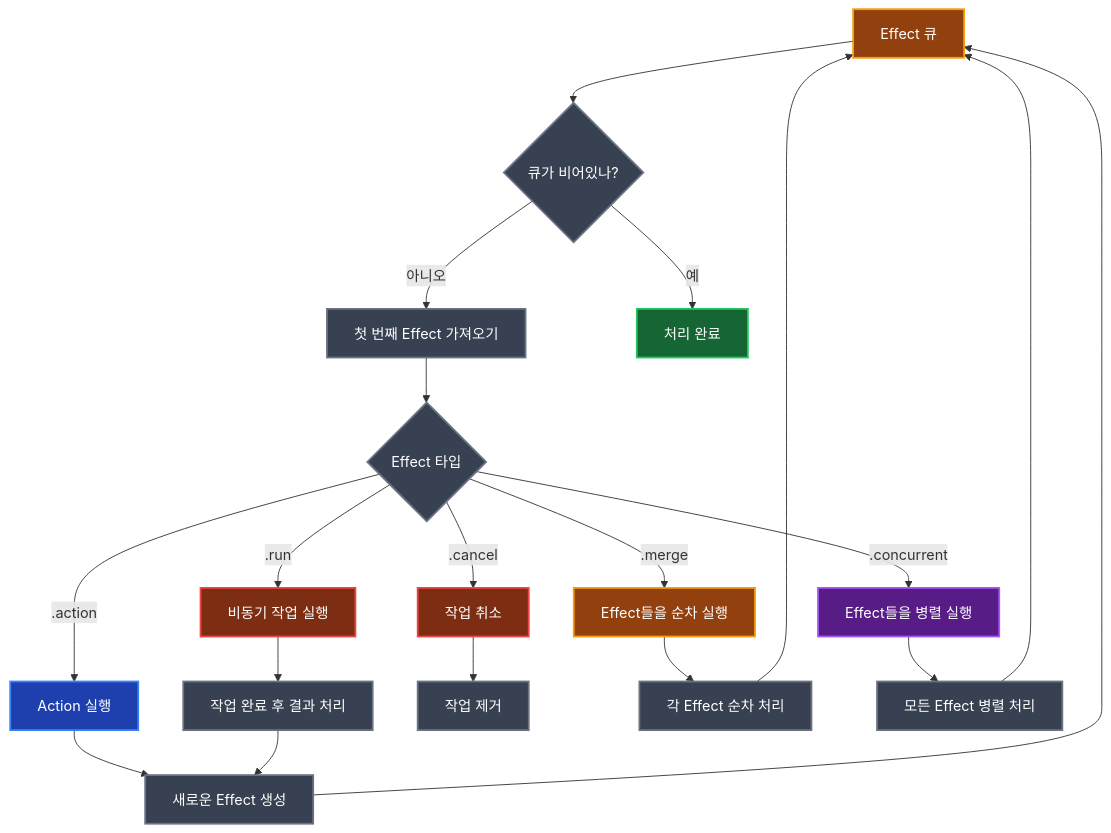
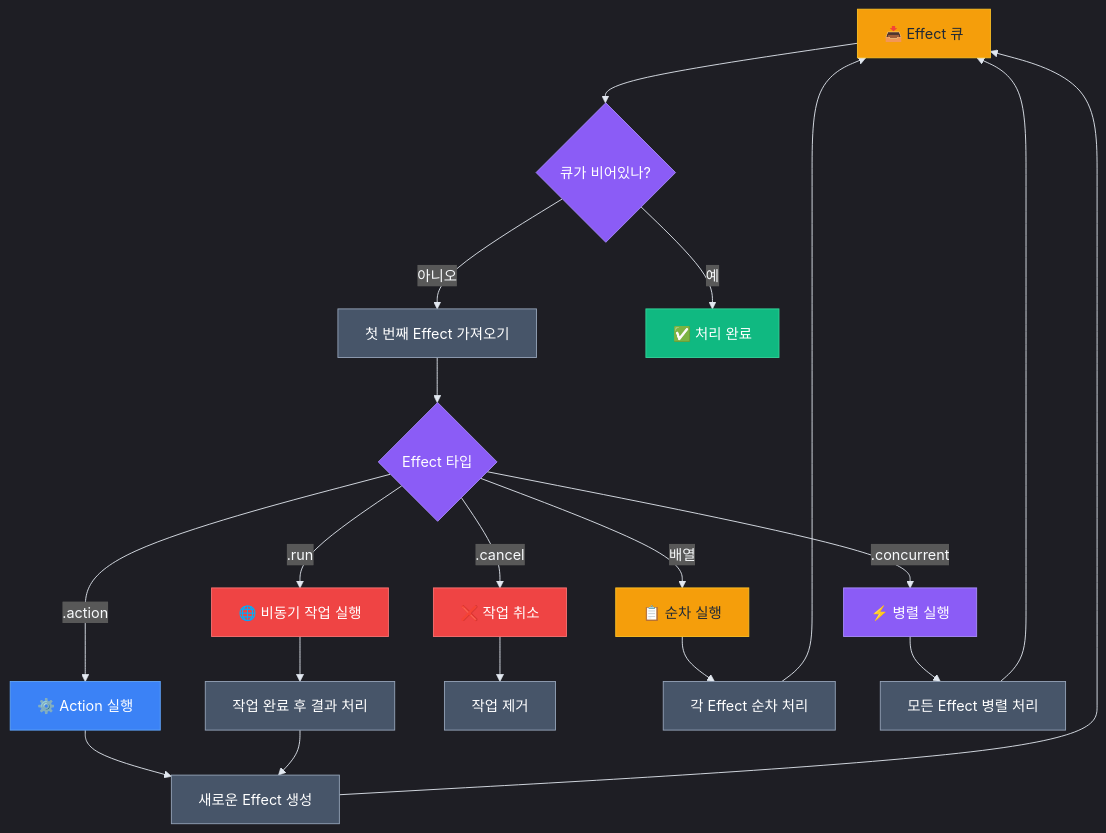
The second of 5 diagrams in AsyncViewModel_동작원리_가이드.md (Jimmy-Jung/AsyncViewModel), drawn with Mermaid before and after one commit. The commit also changed other lines of this file and 1 other file, not shown here.

First line of the commit message:
docs: [가이드-문서] AsyncViewModel 동작원리 가이드 및 README 개선

````diff
--- a/AsyncViewModel_동작원리_가이드.md
+++ b/AsyncViewModel_동작원리_가이드.md
@@ -323,40 +511,38 @@
 ```mermaid
+%%{init: {'theme': 'dark', 'themeVariables': {'lineColor': '#e2e8f0', 'textColor': '#f8fafc'}}}%%
 graph TD
-    A[Effect 큐] --> B{큐가 비어있나?}
-    B -->|아니오| C[첫 번째 Effect 가져오기]
-    B -->|예| D[처리 완료]
+    A[📥 Effect 큐]:::queue --> B{큐가 비어있나?}:::decision
+    B -->|아니오| C[첫 번째 Effect 가져오기]:::process
+    B -->|예| D[✅ 처리 완료]:::complete
     
-    C --> E{Effect 타입}
-    E -->|.action| F[Action 실행]
-    E -->|.run| G[비동기 작업 실행]
-    E -->|.cancel| H[작업 취소]
-    E -->|.merge| I[Effect들을 순차 실행]
-    E -->|.concurrent| J[Effect들을 병렬 실행]
+    C --> E{Effect 타입}:::decision
+    E -->|.action| F[⚙️ Action 실행]:::action
+    E -->|.run| G[🌐 비동기 작업 실행]:::async
+    E -->|.cancel| H[❌ 작업 취소]:::cancel
+    E -->|배열| I[📋 순차 실행]:::sequential
+    E -->|.concurrent| J[⚡ 병렬 실행]:::concurrent
     
-    F --> K[새로운 Effect 생성]
-    G --> L[작업 완료 후 결과 처리]
-    H --> M[작업 제거]
-    I --> N[각 Effect 순차 처리]
-    J --> O[모든 Effect 병렬 처리]
+    F --> K[새로운 Effect 생성]:::effect
+    G --> L[작업 완료 후 결과 처리]:::result
+    H --> M[작업 제거]:::remove
+    I --> N[각 Effect 순차 처리]:::process
+    J --> O[모든 Effect 병렬 처리]:::process
     
     K --> A
     L --> K
     N --> A
     O --> A
     
-    style A fill:#92400e,stroke:#f59e0b,stroke-width:2px,color:#ffffff
-    style B fill:#374151,stroke:#6b7280,stroke-width:2px,color:#ffffff
-    style C fill:#374151,stroke:#6b7280,stroke-width:2px,color:#ffffff
-    style D fill:#166534,stroke:#22c55e,stroke-width:2px,color:#ffffff
-    style E fill:#374151,stroke:#6b7280,stroke-width:2px,color:#ffffff
-    style F fill:#1e40af,stroke:#3b82f6,stroke-width:2px,color:#ffffff
-    style G fill:#7c2d12,stroke:#ef4444,stroke-width:2px,color:#ffffff
-    style H fill:#7c2d12,stroke:#ef4444,stroke-width:2px,color:#ffffff
-    style I fill:#92400e,stroke:#f59e0b,stroke-width:2px,color:#ffffff
-    style J fill:#581c87,stroke:#a855f7,stroke-width:2px,color:#ffffff
-    style K fill:#374151,stroke:#6b7280,stroke-width:2px,color:#ffffff
-    style L fill:#374151,stroke:#6b7280,stroke-width:2px,color:#ffffff
-    style M fill:#374151,stroke:#6b7280,stroke-width:2px,color:#ffffff
-    style N fill:#374151,stroke:#6b7280,stroke-width:2px,color:#ffffff
-    style O fill:#374151,stroke:#6b7280,stroke-width:2px,color:#ffffff
+    classDef queue fill:#f59e0b,stroke:#fbbf24,color:#1f2937
+    classDef decision fill:#8b5cf6,stroke:#a78bfa,color:#ffffff
+    classDef process fill:#475569,stroke:#94a3b8,color:#ffffff
+    classDef complete fill:#10b981,stroke:#34d399,color:#ffffff
+    classDef action fill:#3b82f6,stroke:#60a5fa,color:#ffffff
+    classDef async fill:#ef4444,stroke:#f87171,color:#ffffff
+    classDef cancel fill:#ef4444,stroke:#f87171,color:#ffffff
+    classDef sequential fill:#f59e0b,stroke:#fbbf24,color:#1f2937
+    classDef concurrent fill:#8b5cf6,stroke:#a78bfa,color:#ffffff
+    classDef effect fill:#475569,stroke:#94a3b8,color:#ffffff
+    classDef result fill:#475569,stroke:#94a3b8,color:#ffffff
+    classDef remove fill:#475569,stroke:#94a3b8,color:#ffffff
 ```
````
